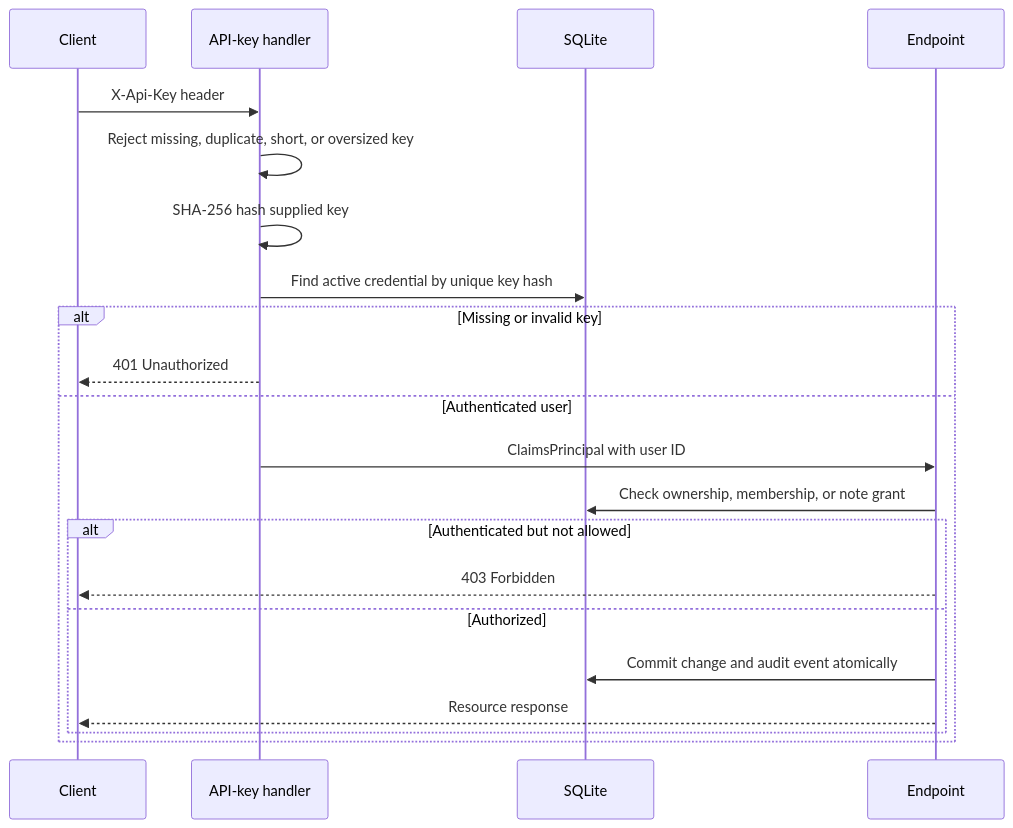
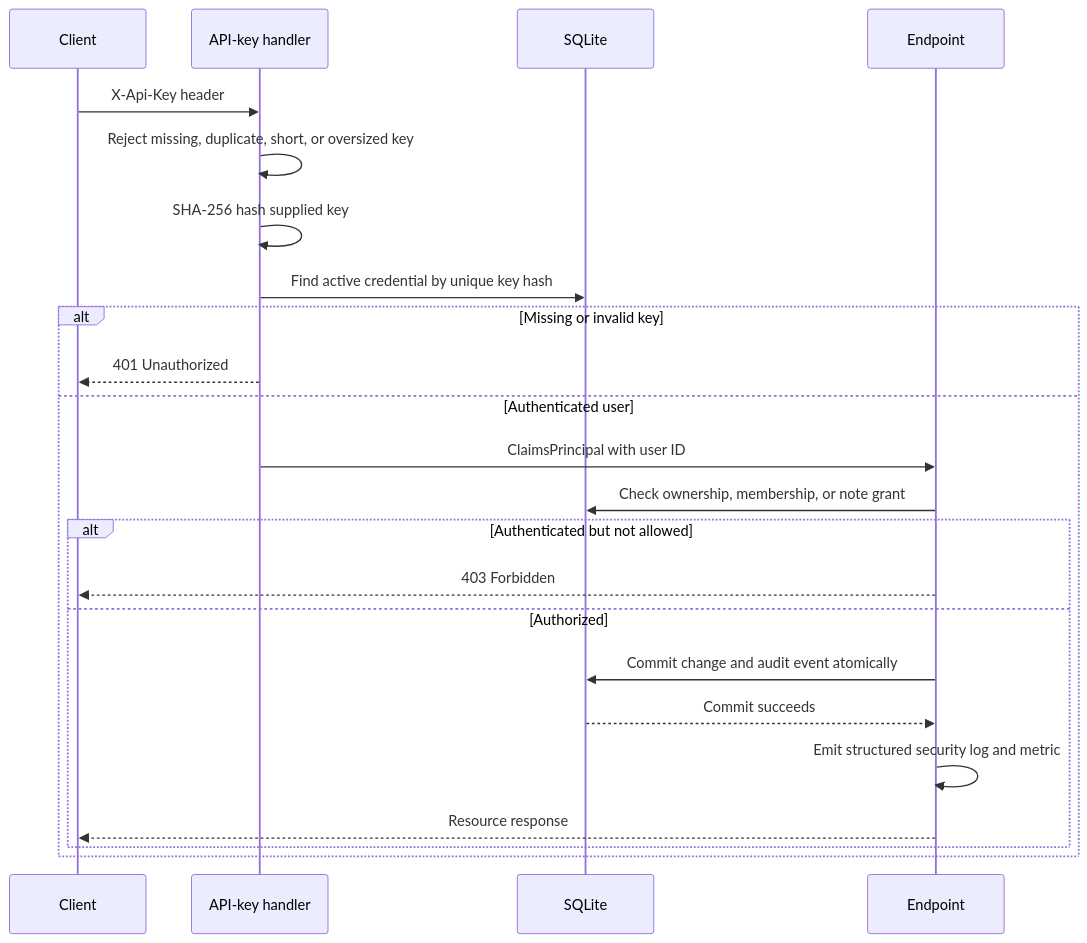
The second of 2 diagrams in README.md (aldenpark/bluestaq-testgorilla-assessment), drawn with Mermaid before and after one commit. The commit also changed other lines of this file and 39 other files, not shown here.

````diff
--- a/README.md
+++ b/README.md
@@ -227,23 +246,25 @@
 ```mermaid
 sequenceDiagram
     participant Client
     participant Auth as API-key handler
     participant DB as SQLite
     participant Endpoint
     Client->>Auth: X-Api-Key header
     Auth->>Auth: Reject missing, duplicate, short, or oversized key
     Auth->>Auth: SHA-256 hash supplied key
     Auth->>DB: Find active credential by unique key hash
     alt Missing or invalid key
         Auth-->>Client: 401 Unauthorized
     else Authenticated user
         Auth->>Endpoint: ClaimsPrincipal with user ID
         Endpoint->>DB: Check ownership, membership, or note grant
         alt Authenticated but not allowed
             Endpoint-->>Client: 403 Forbidden
         else Authorized
             Endpoint->>DB: Commit change and audit event atomically
+            DB-->>Endpoint: Commit succeeds
+            Endpoint->>Endpoint: Emit structured security log and metric
             Endpoint-->>Client: Resource response
         end
     end
 ```
````
